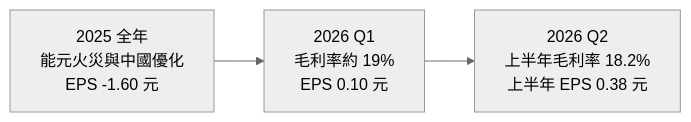
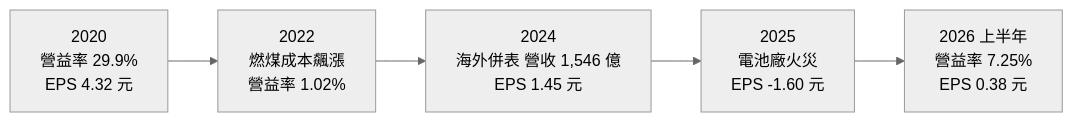
Before and after one commit to wangnick1004/taiwan-stock-vault: the third of 4 diagrams in 個股/台股/1101台泥.md, drawn with Mermaid (neutral theme). The commit also changed other lines of this file and 27 other files, not shown here.

````diff
--- a/個股/台股/1101台泥.md
+++ b/個股/台股/1101台泥.md
@@ -138,4 +144,4 @@
 ```mermaid
 flowchart LR
-    Y25["2025 全年<br/>能元火災與中國優化<br/>EPS -1.60 元"] --> Q1["2026 Q1<br/>毛利率約 19%<br/>EPS 0.10 元"] --> Q2["2026 Q2<br/>上半年毛利率 18.2%<br/>上半年 EPS 0.38 元"]
+    Y20["2020<br/>營益率 29.9%<br/>EPS 4.32 元"] --> Y22["2022<br/>燃煤成本飆漲<br/>營益率 1.02%"] --> Y24["2024<br/>海外併表 營收 1,546 億<br/>EPS 1.45 元"] --> Y25["2025<br/>電池廠火災<br/>EPS -1.60 元"] --> H26["2026 上半年<br/>營益率 7.25%<br/>EPS 0.38 元"]
 ```
````
